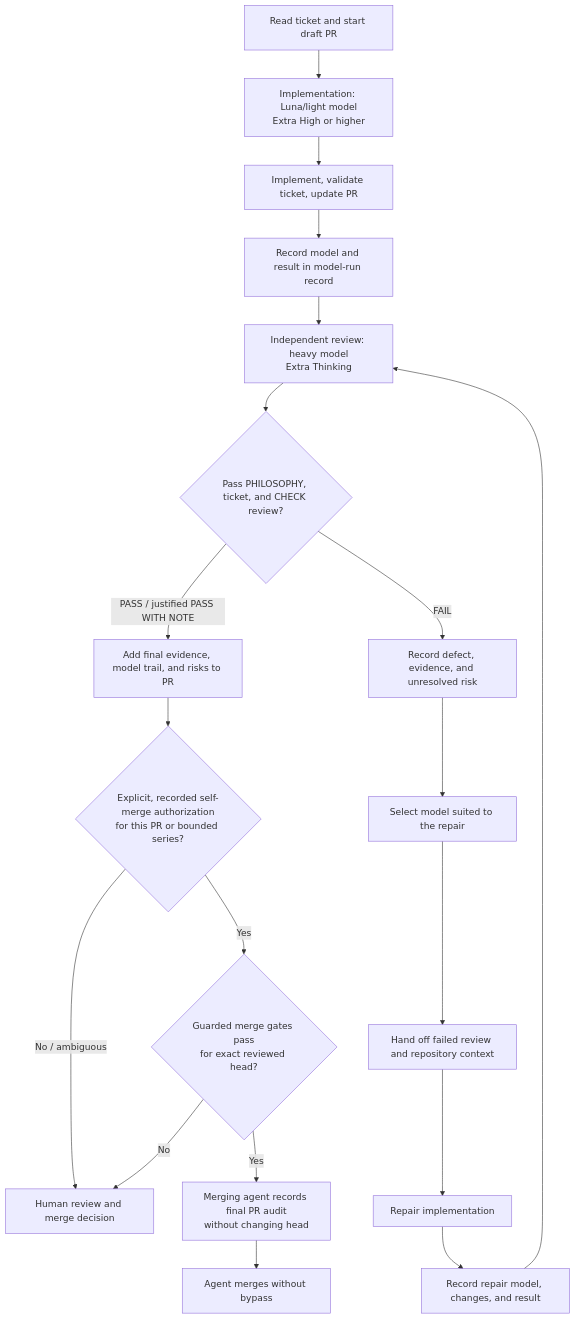
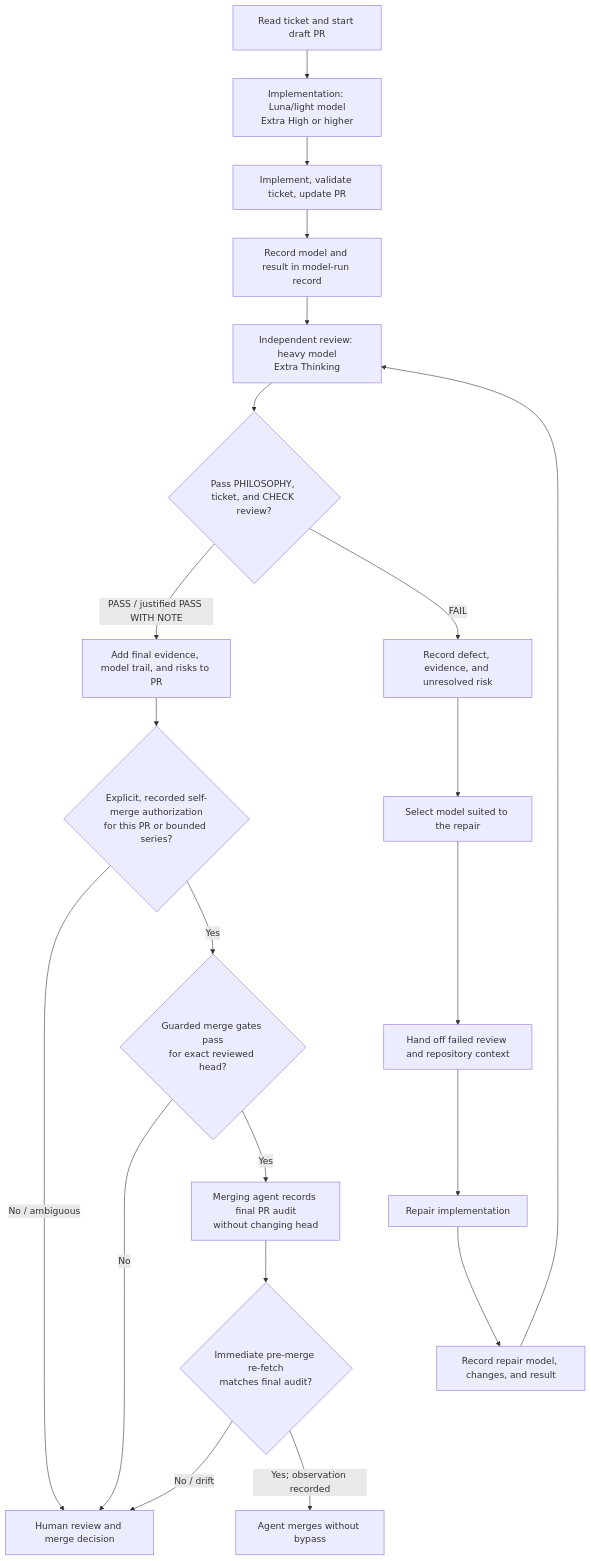
Before and after one commit to Ayumu-J-S/llm_scratch: the diagram in docs/agent-model-workflow.md, drawn with Mermaid. The commit also changed other lines of this file and 6 other files, not shown here.

````diff
--- a/docs/agent-model-workflow.md
+++ b/docs/agent-model-workflow.md
@@ -68,21 +68,23 @@
 ```mermaid
 flowchart TD
     A["Read ticket and start draft PR"] --> B["Implementation: Luna/light model<br/>Extra High or higher"]
     B --> C["Implement, validate ticket, update PR"]
     C --> D["Record model and result in model-run record"]
     D --> E["Independent review: heavy model<br/>Extra Thinking"]
     E --> F{"Pass PHILOSOPHY, ticket, and CHECK review?"}
     F -->|"PASS / justified PASS WITH NOTE"| G["Add final evidence, model trail, and risks to PR"]
     F -->|"FAIL"| H["Record defect, evidence, and unresolved risk"]
     H --> I["Select model suited to the repair"]
     I --> J["Hand off failed review and repository context"]
     J --> K["Repair implementation"]
     K --> L["Record repair model, changes, and result"]
     L --> E
     G --> M{"Explicit, recorded self-merge authorization<br/>for this PR or bounded series?"}
     M -->|"No / ambiguous"| N["Human review and merge decision"]
     M -->|"Yes"| O{"Guarded merge gates pass<br/>for exact reviewed head?"}
     O -->|"No"| N
     O -->|"Yes"| P["Merging agent records final PR audit<br/>without changing head"]
-    P --> Q["Agent merges without bypass"]
+    P --> R{"Immediate pre-merge re-fetch<br/>matches final audit?"}
+    R -->|"No / drift"| N
+    R -->|"Yes; observation recorded"| Q["Agent merges without bypass"]
 ```
````
